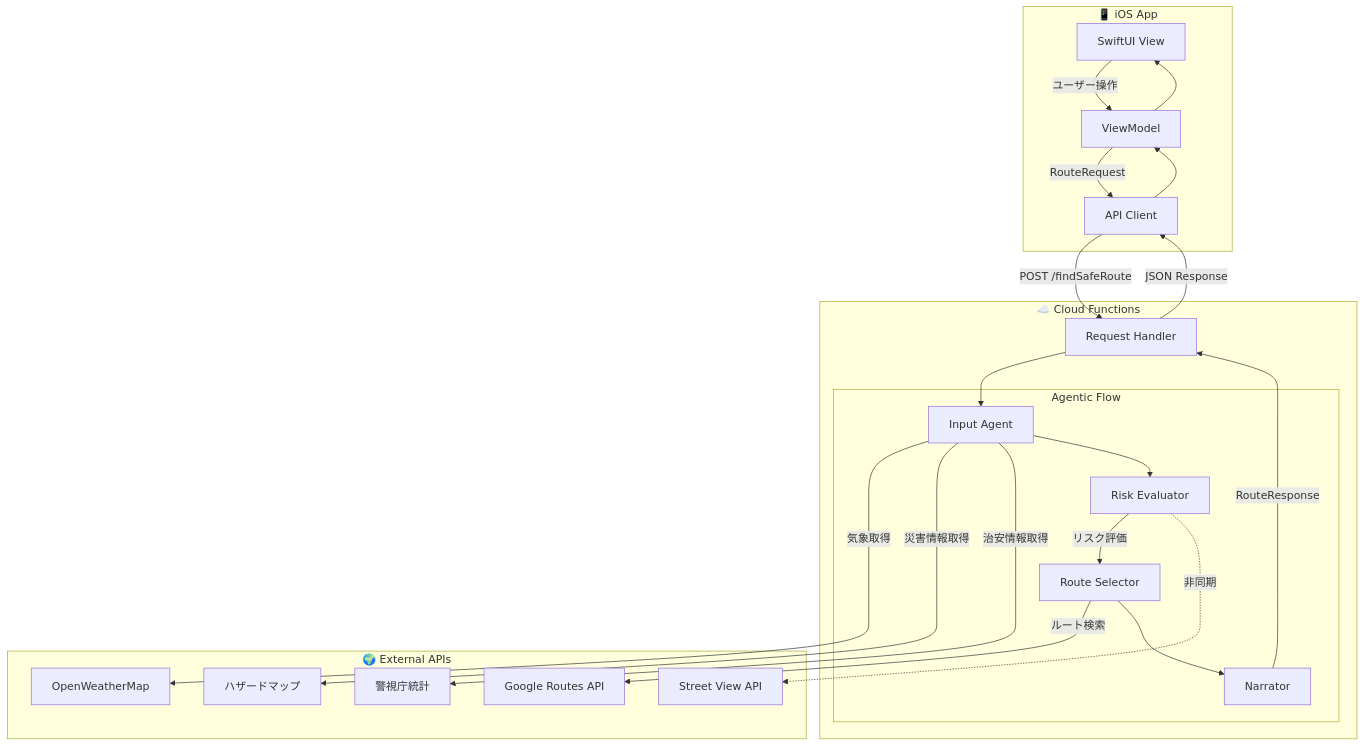
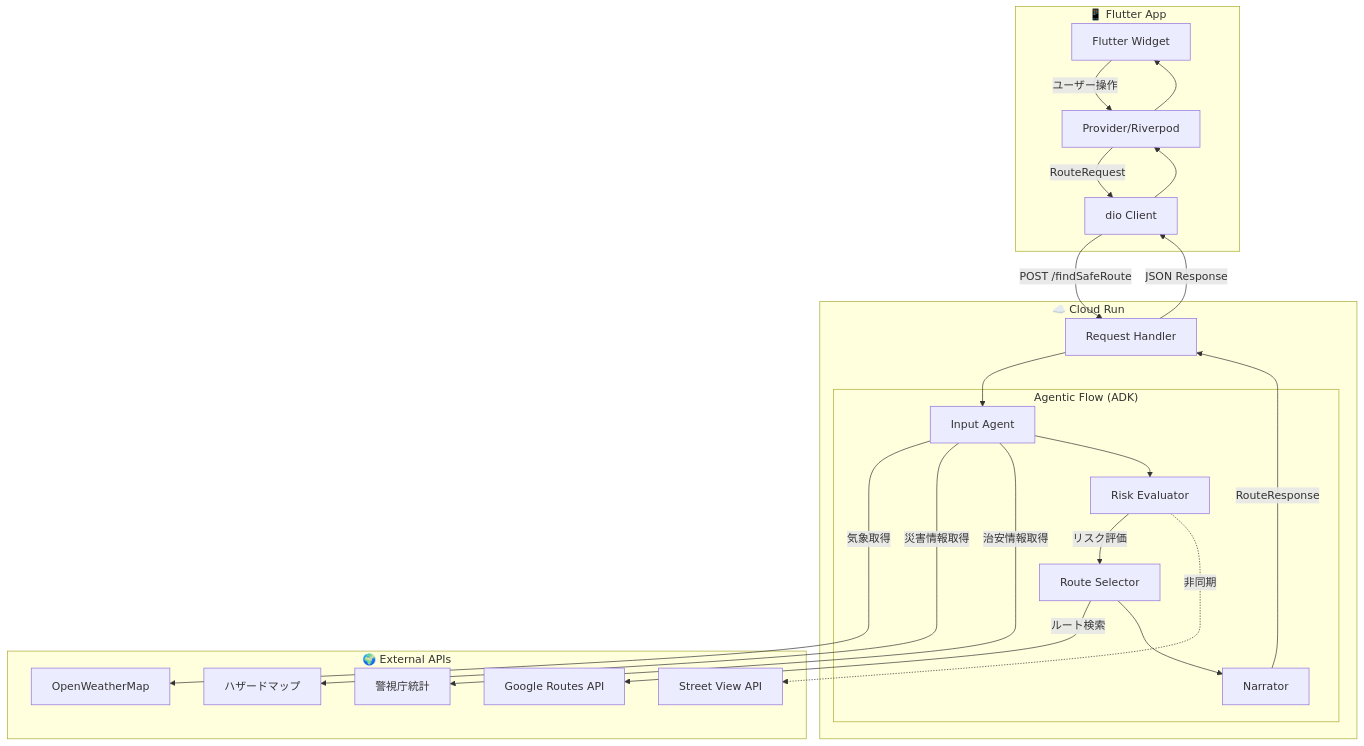
The first of 2 diagrams in Docs/確定/diagrams/04_データフロー.md (Ryg-appdev/safe-routing-ai-navigation), drawn with Mermaid before and after one commit. The commit also changed 12 other files, not shown here.

````diff
--- a/Docs/確定/diagrams/04_データフロー.md
+++ b/Docs/確定/diagrams/04_データフロー.md
@@ -4,47 +4,47 @@
 ```mermaid
 flowchart TB
-    subgraph Client["📱 iOS App"]
-        UI["SwiftUI View"]
-        VM["ViewModel"]
-        APIClient["API Client"]
+    subgraph Client["📱 Flutter App"]
+        UI["Flutter Widget"]
+        VM["Provider/Riverpod"]
+        APIClient["dio Client"]
     end
 
-    subgraph Backend["☁️ Cloud Functions"]
+    subgraph Backend["☁️ Cloud Run"]
         Handler["Request Handler"]
         
-        subgraph Agents["Agentic Flow"]
+        subgraph Agents["Agentic Flow (ADK)"]
             Input["Input Agent"]
             Risk["Risk Evaluator"]
             Route["Route Selector"]
             Narr["Narrator"]
         end
     end
 
     subgraph ExternalAPIs["🌍 External APIs"]
         Weather["OpenWeatherMap"]
         Hazard["ハザードマップ"]
         Police["警視庁統計"]
         Routes["Google Routes API"]
         SV["Street View API"]
     end
 
     UI -->|"ユーザー操作"| VM
     VM -->|"RouteRequest"| APIClient
     APIClient -->|"POST /findSafeRoute"| Handler
     
     Handler --> Input
     Input -->|"気象取得"| Weather
     Input -->|"災害情報取得"| Hazard
     Input -->|"治安情報取得"| Police
     
     Input --> Risk
     Risk -->|"リスク評価"| Route
     Route -->|"ルート検索"| Routes
     Route --> Narr
     
     Narr -->|"RouteResponse"| Handler
     Handler -->|"JSON Response"| APIClient
     APIClient --> VM --> UI
     
     Risk -.->|"非同期"| SV
 ```
````
